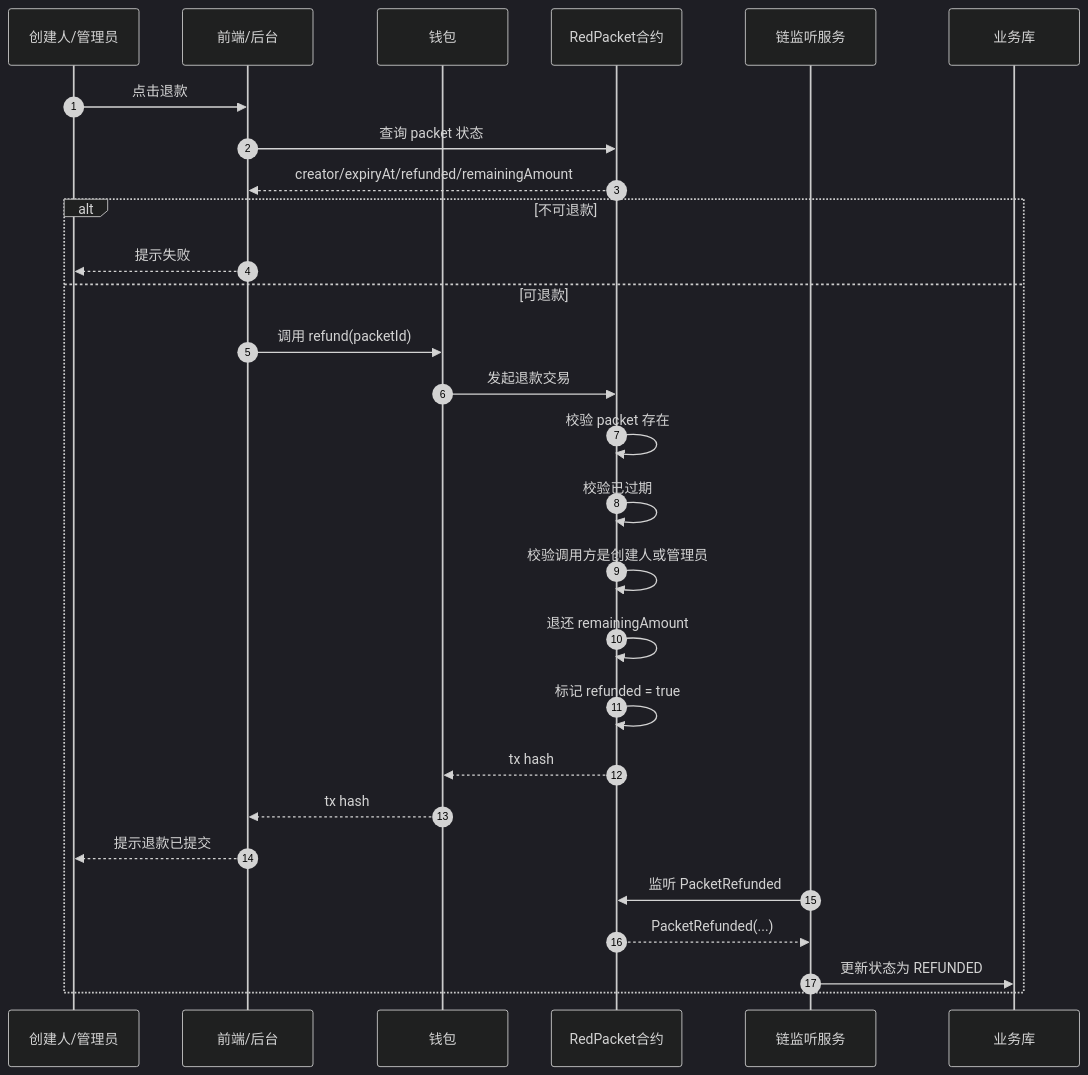
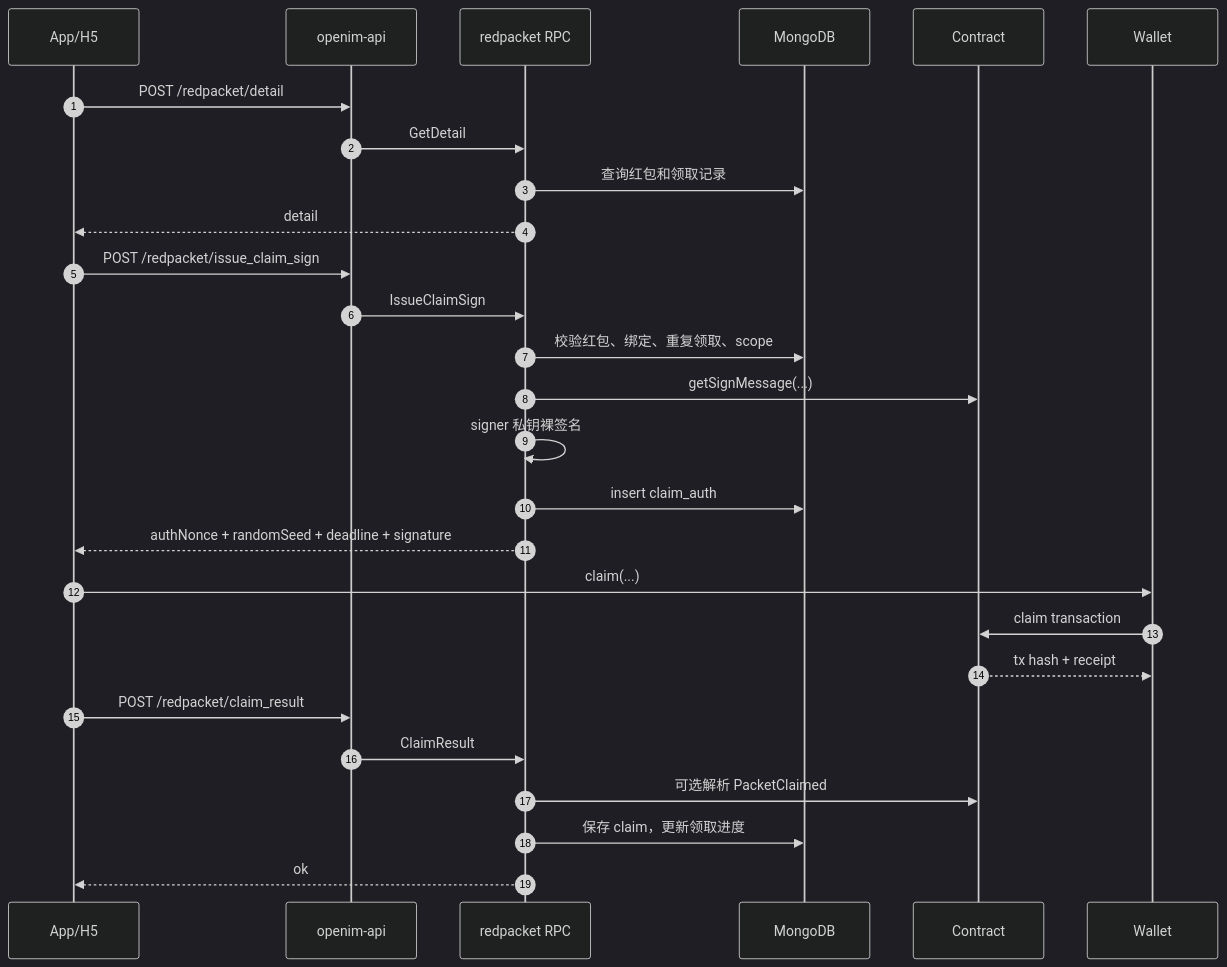
One commit to openimsdk/open-im-server changed the fourth of 4 diagrams in cmd/openim-rpc/openim-rpc-redpacket/redpacket-web3-integration-design.md. Above: the diagram before and after it, drawn with Mermaid (dark theme). The commit also changed other lines of this file and 4 other files, not shown here.

````diff
--- a/cmd/openim-rpc/openim-rpc-redpacket/redpacket-web3-integration-design.md
+++ b/cmd/openim-rpc/openim-rpc-redpacket/redpacket-web3-integration-design.md
@@ -474,35 +237,30 @@
 ```mermaid
 sequenceDiagram
     autonumber
-    participant U as 创建人/管理员
-    participant FE as 前端/后台
-    participant Wallet as 钱包
-    participant RP as RedPacket合约
-    participant Indexer as 链监听服务
-    participant DB as 业务库
+    participant App as App/H5
+    participant API as openim-api
+    participant RPC as redpacket RPC
+    participant DB as MongoDB
+    participant C as Contract
+    participant Wallet as Wallet
 
-    U->>FE: 点击退款
-    FE->>RP: 查询 packet 状态
-    RP-->>FE: creator/expiryAt/refunded/remainingAmount
-
-    alt 不可退款
-        FE-->>U: 提示失败
-    else 可退款
-        FE->>Wallet: 调用 refund(packetId)
-        Wallet->>RP: 发起退款交易
-
-        RP->>RP: 校验 packet 存在
-        RP->>RP: 校验已过期
-        RP->>RP: 校验调用方是创建人或管理员
-        RP->>RP: 退还 remainingAmount
-        RP->>RP: 标记 refunded = true
-        RP-->>Wallet: tx hash
-
-        Wallet-->>FE: tx hash
-        FE-->>U: 提示退款已提交
-
-        Indexer->>RP: 监听 PacketRefunded
-        RP-->>Indexer: PacketRefunded(...)
-        Indexer->>DB: 更新状态为 REFUNDED
-    end
+    App->>API: POST /redpacket/detail
+    API->>RPC: GetDetail
+    RPC->>DB: 查询红包和领取记录
+    RPC-->>App: detail
+    App->>API: POST /redpacket/issue_claim_sign
+    API->>RPC: IssueClaimSign
+    RPC->>DB: 校验红包、绑定、重复领取、scope
+    RPC->>C: getSignMessage(...)
+    RPC->>RPC: signer 私钥裸签名
+    RPC->>DB: insert claim_auth
+    RPC-->>App: authNonce + randomSeed + deadline + signature
+    App->>Wallet: claim(...)
+    Wallet->>C: claim transaction
+    C-->>Wallet: tx hash + receipt
+    App->>API: POST /redpacket/claim_result
+    API->>RPC: ClaimResult
+    RPC->>C: 可选解析 PacketClaimed
+    RPC->>DB: 保存 claim，更新领取进度
+    RPC-->>App: ok
 ```
````
